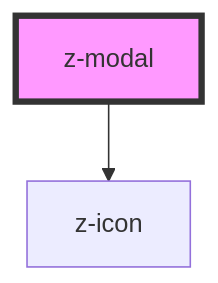
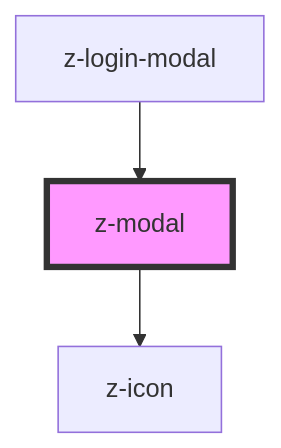
One commit to ZanichelliEditore/design-system changed the diagram in src/components/modal/z-modal/readme.md. Above: the diagram before and after it, drawn with Mermaid. The commit also changed other lines of this file and 8 other files, not shown here.

Commit message:
feat: base z-login-modal

````diff
--- a/src/components/modal/z-modal/readme.md
+++ b/src/components/modal/z-modal/readme.md
@@ -42,5 +46,6 @@
 ```mermaid
 graph TD;
   z-modal --> z-icon
+  z-login-modal --> z-modal
   style z-modal fill:#f9f,stroke:#333,stroke-width:4px
 ```
````
